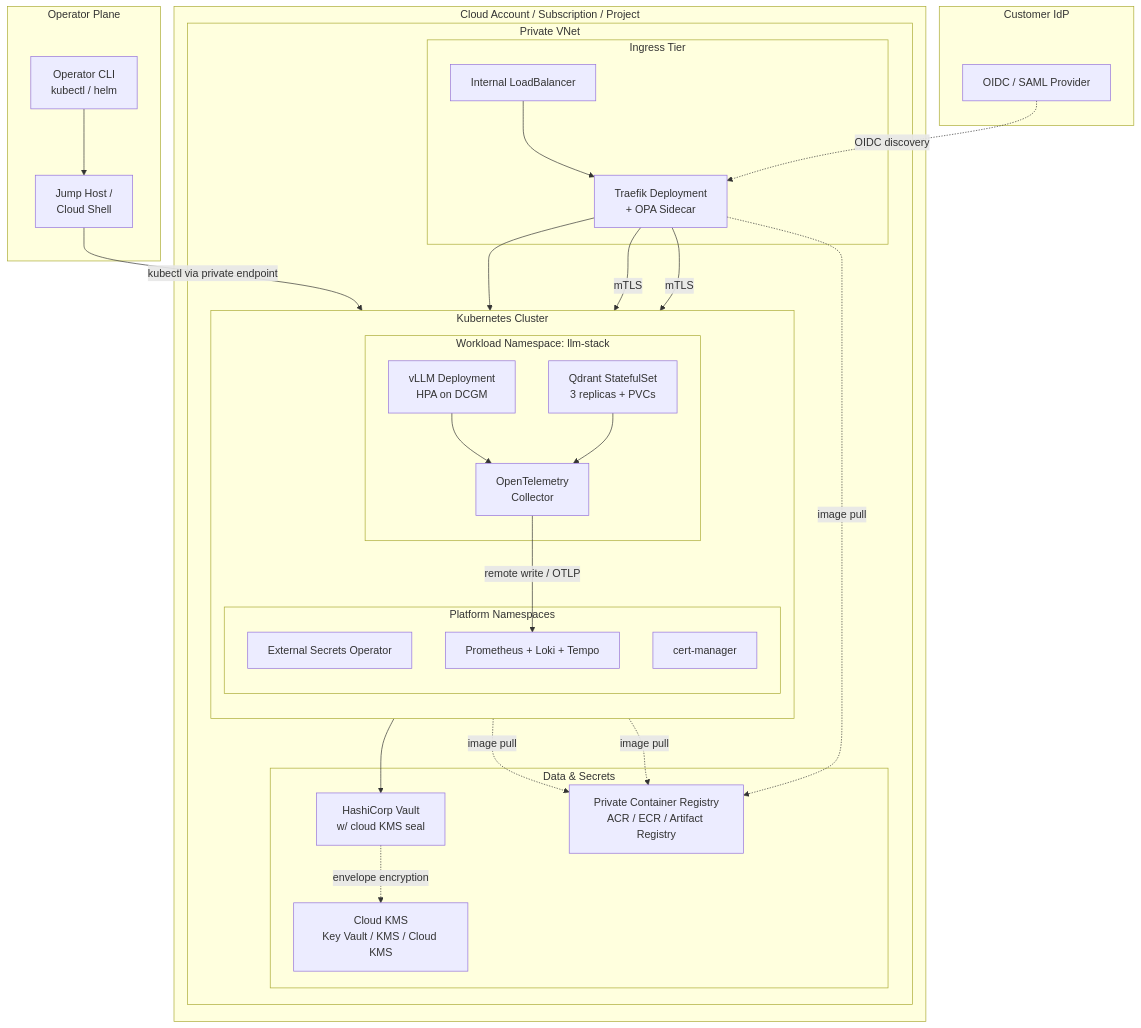
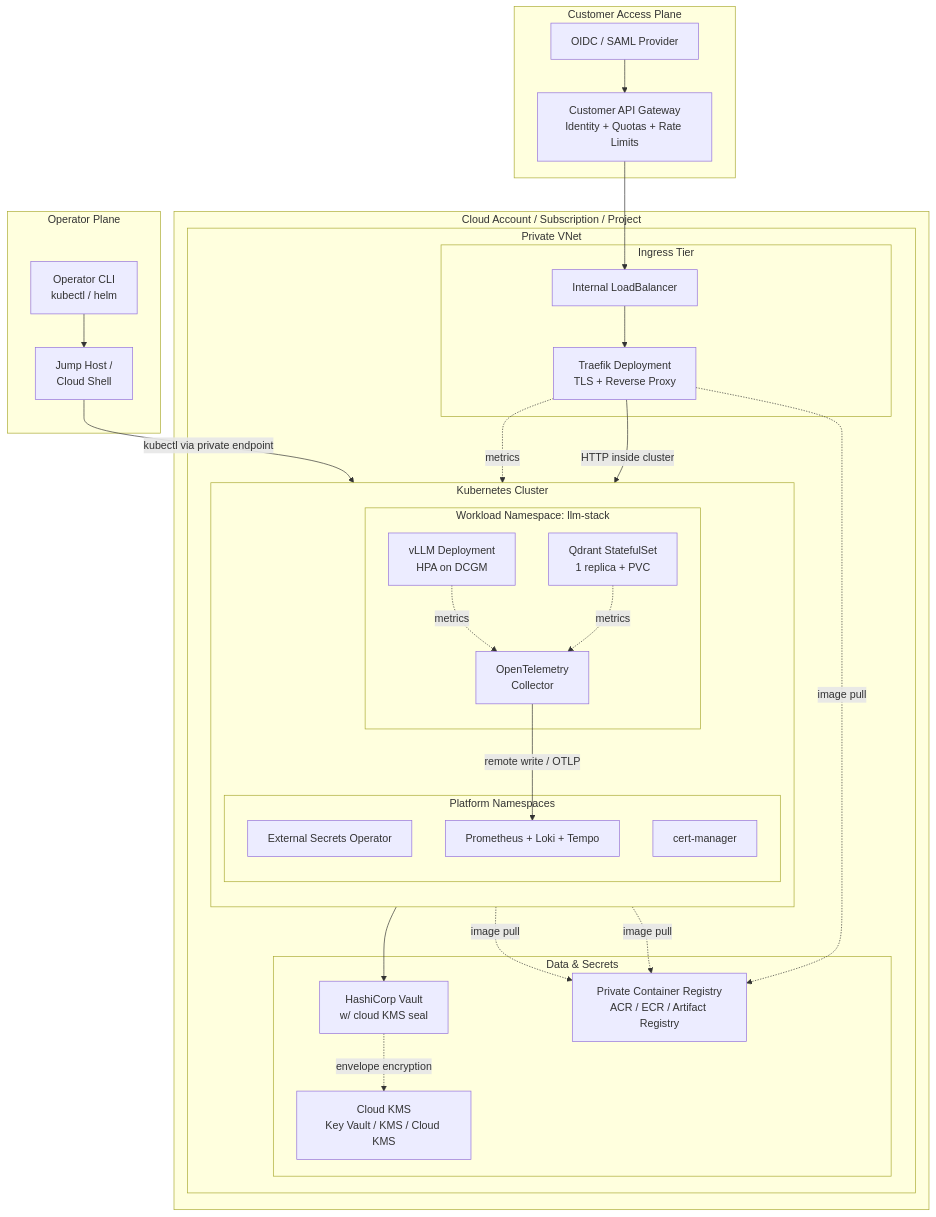
Before and after one commit to KIM3310/llm-onprem-deployment-kit: the diagram in docs/architecture.md, drawn with Mermaid. The commit also changed other lines of this file and 48 other files, not shown here.

````diff
--- a/docs/architecture.md
+++ b/docs/architecture.md
@@ -7,56 +7,57 @@
 ```mermaid
 flowchart TB
-    subgraph CustomerIdP[Customer IdP]
+    subgraph CustomerAccess[Customer Access Plane]
         OIDC[OIDC / SAML Provider]
+        APIGW[Customer API Gateway<br/>Identity + Quotas + Rate Limits]
     end
 
     subgraph Operator[Operator Plane]
         CLI[Operator CLI<br/>kubectl / helm]
         Bastion[Jump Host /<br/>Cloud Shell]
     end
 
     subgraph CloudAcct[Cloud Account / Subscription / Project]
         subgraph VNet[Private VNet]
             subgraph Ingress[Ingress Tier]
                 ILB[Internal LoadBalancer]
-                GW[Traefik Deployment<br/>+ OPA Sidecar]
+                GW[Traefik Deployment<br/>TLS + Reverse Proxy]
             end
 
             subgraph K8s[Kubernetes Cluster]
                 direction TB
                 subgraph Apps[Workload Namespace: llm-stack]
                     VLLM[vLLM Deployment<br/>HPA on DCGM]
-                    QDRANT[Qdrant StatefulSet<br/>3 replicas + PVCs]
+                    QDRANT[Qdrant StatefulSet<br/>1 replica + PVC]
                     OTEL[OpenTelemetry<br/>Collector]
                 end
                 subgraph Plat[Platform Namespaces]
                     ESO[External Secrets Operator]
                     PROM[Prometheus + Loki + Tempo]
                     CERT[cert-manager]
                 end
             end
 
             subgraph Data[Data & Secrets]
                 VAULT[HashiCorp Vault<br/>w/ cloud KMS seal]
                 REG[Private Container Registry<br/>ACR / ECR / Artifact Registry]
                 KMS[Cloud KMS<br/>Key Vault / KMS / Cloud KMS]
             end
         end
     end
 
-    OIDC -.->|OIDC discovery| GW
+    OIDC --> APIGW
     CLI --> Bastion
     Bastion -->|kubectl via private endpoint| K8s
+    APIGW --> ILB
     ILB --> GW
-    GW -->|mTLS| VLLM
-    GW -->|mTLS| QDRANT
-    VLLM --> OTEL
-    QDRANT --> OTEL
-    GW --> OTEL
+    GW -->|HTTP inside cluster| VLLM
+    VLLM -. metrics .-> OTEL
+    QDRANT -. metrics .-> OTEL
+    GW -. metrics .-> OTEL
     ESO --> VAULT
     VAULT -.->|envelope encryption| KMS
     VLLM -.->|image pull| REG
     QDRANT -.->|image pull| REG
     GW -.->|image pull| REG
     OTEL -->|remote write / OTLP| PROM
 ```
````
